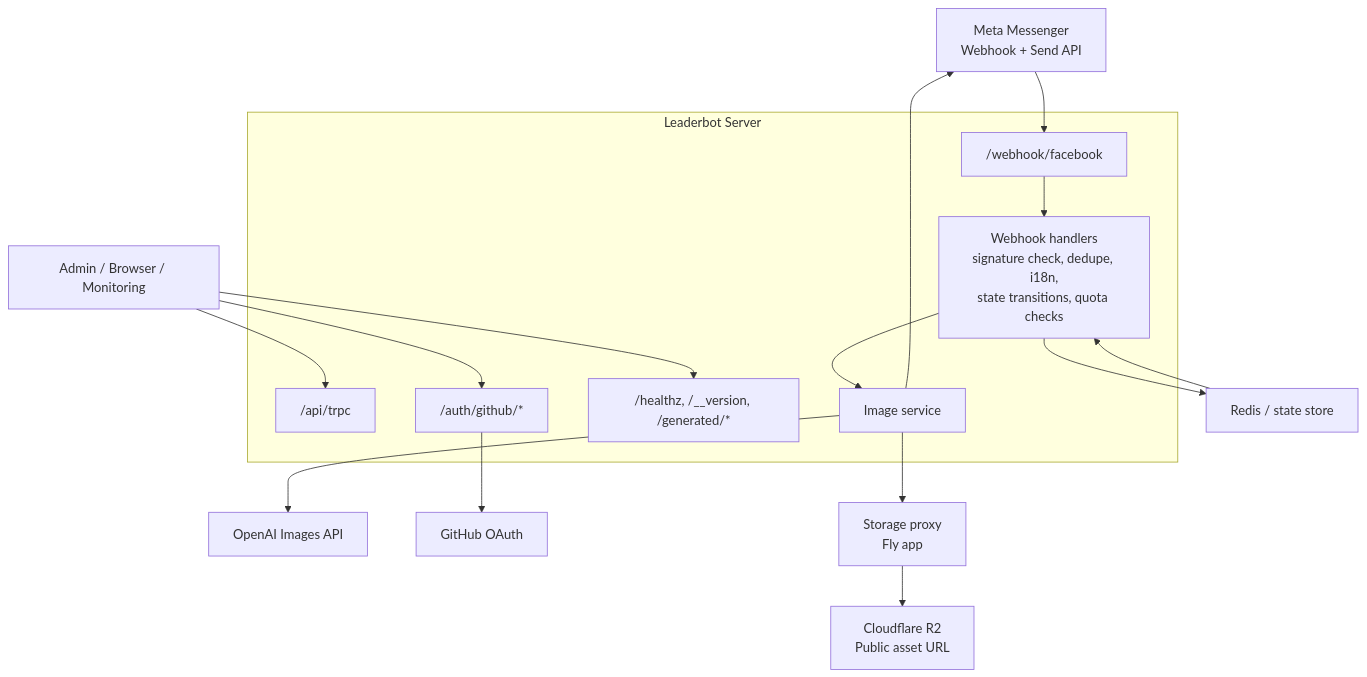
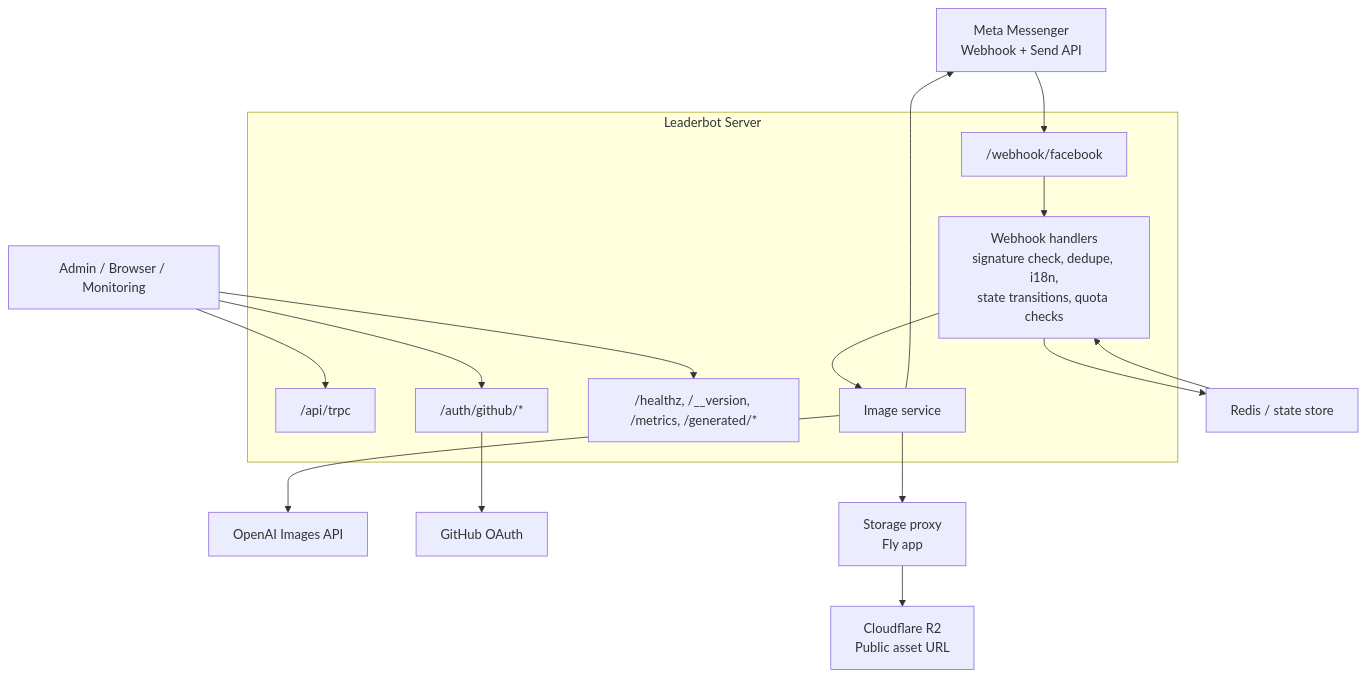
Before and after one commit to Dj-Shortcut/leaderbot-fb-image-gen: the diagram in docs/architecture.md, drawn with Mermaid. The commit also changed other lines of this file and 1 other file, not shown here.

Commit message:
Implement security fixes and improve documentation for source images (#228)
* security-fix-source-image-trust-provenance

* fix-clear-rejected-whatsapp-source-image-state

* sanitize-source-image-url-logging

* docs-clarify-identity-games-foundation

* docs-add-metrics-to-architecture-mermaid

* docs-add-metrics-to-readme-mermaid

* docs-add-source-image-provenance-notes

````diff
--- a/docs/architecture.md
+++ b/docs/architecture.md
@@ -78,35 +80,35 @@
 ```mermaid
 flowchart TD
-    MM["Meta Messenger<br/>Webhook + Send API"]
-    UA["Admin / Browser / Monitoring"]
+    mm["Meta Messenger<br/>Webhook + Send API"]
+    ua["Admin / Browser / Monitoring"]
 
-    subgraph LB["Leaderbot Server"]
-        WH["/webhook/facebook"]
-        TRPC["/api/trpc"]
-        AUTH["/auth/github/*"]
-        OPS["/healthz, /__version, /generated/*"]
-        HANDLERS["Webhook handlers<br/>signature check, dedupe, i18n,<br/>state transitions, quota checks"]
-        IMG["Image service"]
+    subgraph lb["Leaderbot Server"]
+        wh["/webhook/facebook"]
+        trpc["/api/trpc"]
+        auth["/auth/github/*"]
+        ops["/healthz, /__version, /metrics, /generated/*"]
+        handlers["Webhook handlers<br/>signature check, dedupe, i18n,<br/>state transitions, quota checks"]
+        img["Image service"]
     end
 
-    REDIS["Redis / state store"]
-    OPENAI["OpenAI Images API"]
-    GITHUB["GitHub OAuth"]
-    PROXY["Storage proxy<br/>Fly app"]
-    R2["Cloudflare R2<br/>Public asset URL"]
+    redis["Redis / state store"]
+    openai["OpenAI Images API"]
+    github["GitHub OAuth"]
+    proxy["Storage proxy<br/>Fly app"]
+    r2["Cloudflare R2<br/>Public asset URL"]
 
-    MM --> WH
-    WH --> HANDLERS
-    HANDLERS --> IMG
-    HANDLERS --> REDIS
-    REDIS --> HANDLERS
-    IMG --> OPENAI
-    IMG --> PROXY
-    PROXY --> R2
-    IMG --> MM
+    mm --> wh
+    wh --> handlers
+    handlers --> img
+    handlers --> redis
+    redis --> handlers
+    img --> openai
+    img --> proxy
+    proxy --> r2
+    img --> mm
 
-    UA --> TRPC
-    UA --> AUTH
-    UA --> OPS
-    AUTH --> GITHUB
+    ua --> trpc
+    ua --> auth
+    ua --> ops
+    auth --> github
 ```
````
